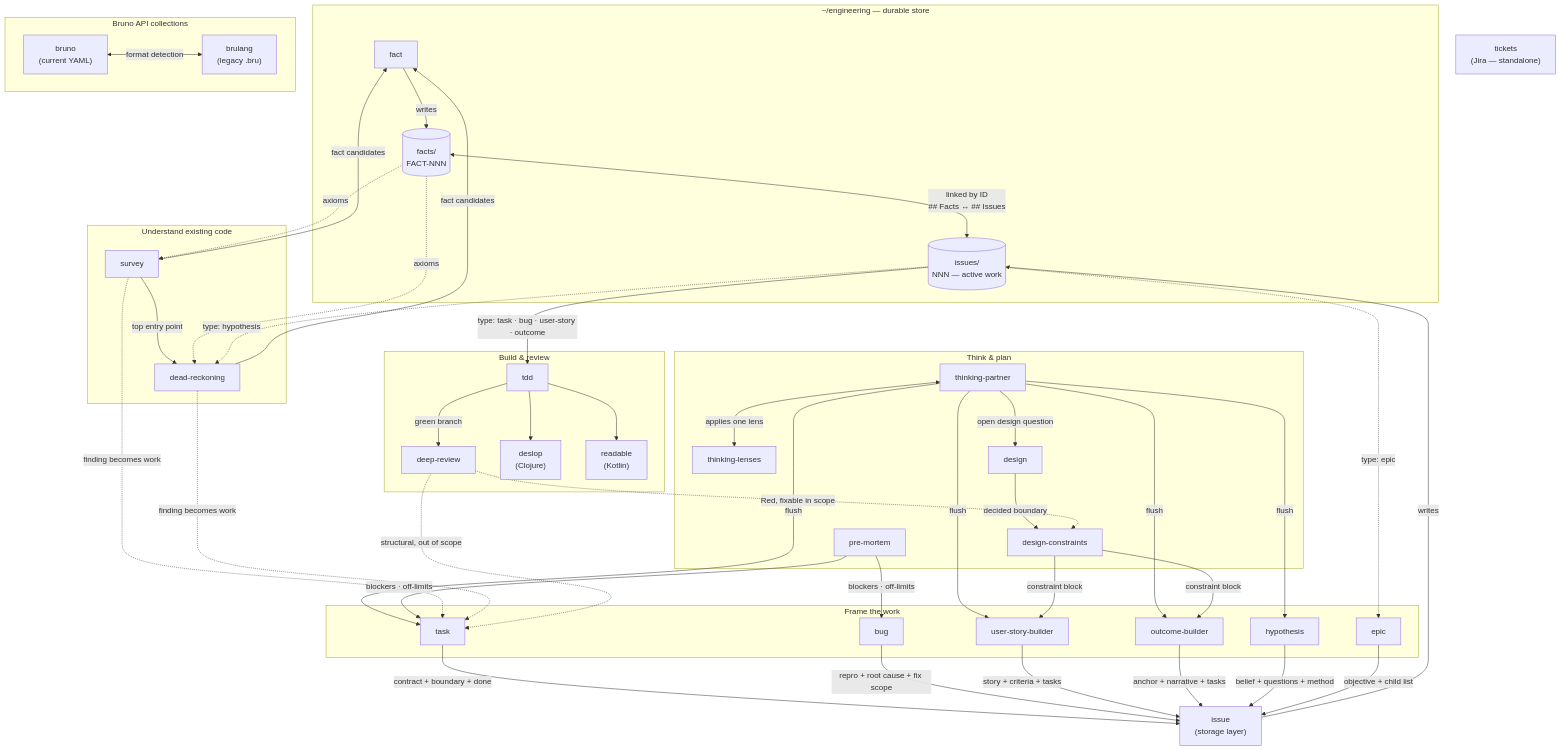
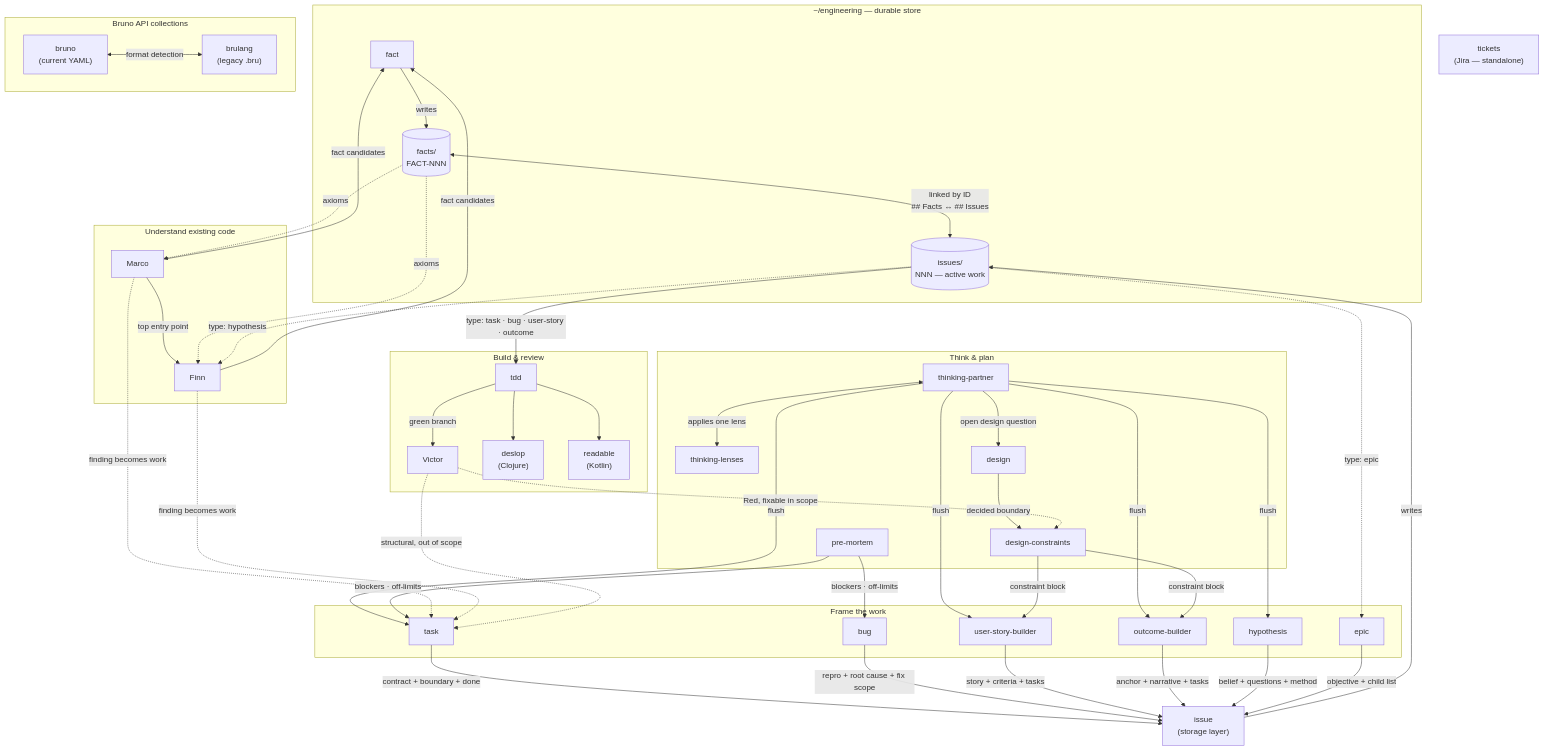
One commit to gustavofsantos/dot-files changed the diagram in .claude/README.md. Above: the diagram before and after it, drawn with Mermaid. The commit also changed other lines of this file and 12 other files, not shown here.

```diff
--- a/.claude/README.md
+++ b/.claude/README.md
@@ -32,9 +32,9 @@
 
     %% ---------- Understand existing code ----------
     subgraph understand["Understand existing code"]
-        survey[survey]
-        dead[dead-reckoning]
-        survey -->|top entry point| dead
+        marco[Marco]
+        finn[Finn]
+        marco -->|top entry point| finn
     end
 
     %% ---------- Think & plan ----------
@@ -63,7 +63,7 @@
     %% ---------- Build & review ----------
     subgraph build["Build & review"]
         tdd[tdd]
-        dr[deep-review]
+        dr[Victor]
         deslop["deslop<br/>(Clojure)"]
         readable["readable<br/>(Kotlin)"]
     end
@@ -78,10 +78,10 @@
     tickets["tickets<br/>(Jira — standalone)"]
 
     %% ---------- Knowledge flow ----------
-    facts -.->|axioms| survey
-    facts -.->|axioms| dead
-    survey -->|fact candidates| factskill
-    dead -->|fact candidates| factskill
+    facts -.->|axioms| marco
+    facts -.->|axioms| finn
+    marco -->|fact candidates| factskill
+    finn -->|fact candidates| factskill
 
     %% ---------- Plan -> framing ----------
     tp -->|flush| task_s
@@ -106,13 +106,13 @@
     issue -->|writes| issuestore
 
     %% ---------- Issue routing ----------
-    issuestore -.->|type: hypothesis| dead
+    issuestore -.->|type: hypothesis| finn
     issuestore -->|type: task · bug · user-story · outcome| tdd
     issuestore -.->|type: epic| epic_s
 
     %% ---------- Understand -> framing ----------
-    survey -.->|finding becomes work| task_s
-    dead -.->|finding becomes work| task_s
+    marco -.->|finding becomes work| task_s
+    finn -.->|finding becomes work| task_s
 
     %% ---------- Build & review flow ----------
     tdd -->|green branch| dr
```
